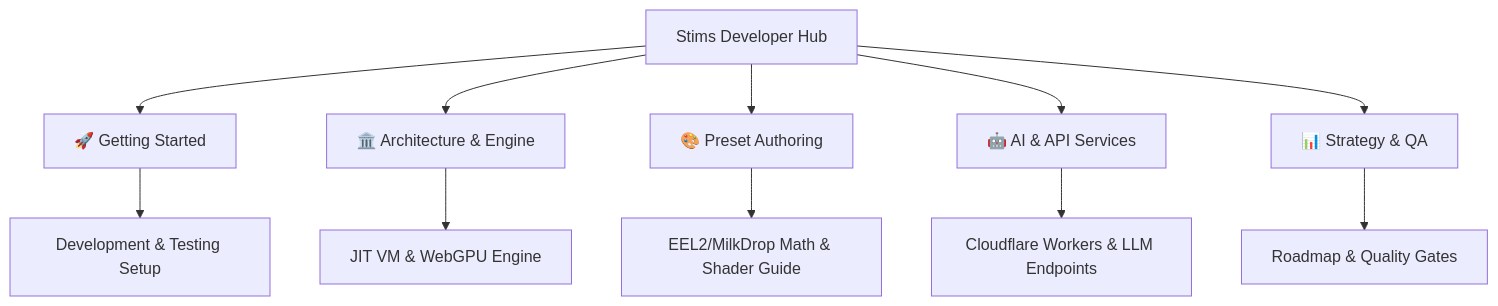
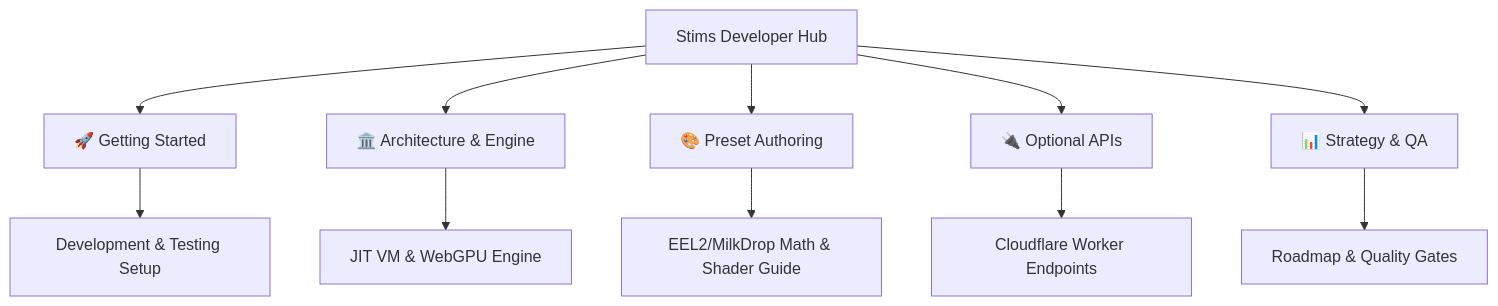
The diagram in docs/README.md (zz-plant/stims), drawn with Mermaid before and after one commit. The commit also changed other lines of this file and 175 other files, not shown here.

````diff
--- a/docs/README.md
+++ b/docs/README.md
@@ -11,15 +11,15 @@
 ```mermaid
 flowchart TD
   Start["Stims Developer Hub"]
   Start --> GS["🚀 Getting Started"]
   Start --> Arch["🏛️ Architecture & Engine"]
   Start --> Preset["🎨 Preset Authoring"]
-  Start --> AI["🤖 AI & API Services"]
+  Start --> API["🔌 Optional APIs"]
   Start --> Strat["📊 Strategy & QA"]
 
   GS --> Dev["Development & Testing Setup"]
   Arch --> JIT["JIT VM & WebGPU Engine"]
   Preset --> EEL["EEL2/MilkDrop Math & Shader Guide"]
-  AI --> Edge["Cloudflare Workers & LLM Endpoints"]
+  API --> Edge["Cloudflare Worker Endpoints"]
   Strat --> Road["Roadmap & Quality Gates"]
 ```
````
